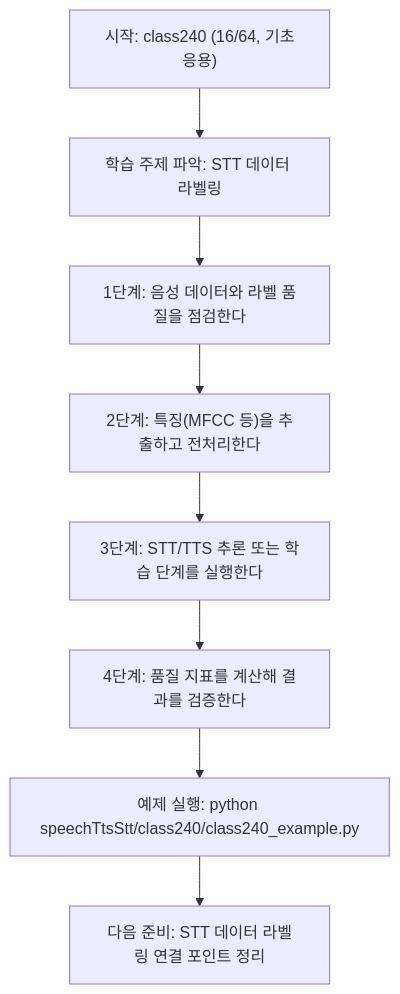
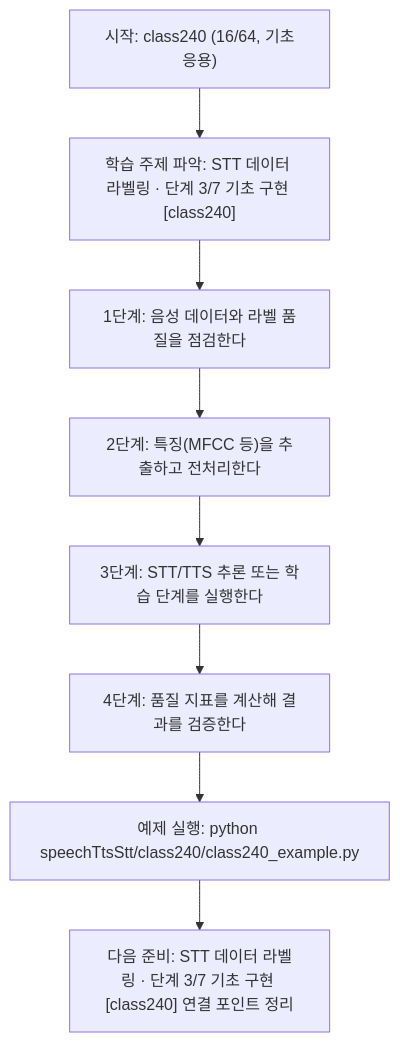
The diagram in speechTtsStt/class240/class240.md (edumgt/Python-AI_Agent-Class), drawn with Mermaid before and after one commit. The commit also changed other lines of this file and 522 other files, not shown here.

````diff
--- a/speechTtsStt/class240/class240.md
+++ b/speechTtsStt/class240/class240.md
@@ -113,18 +114,18 @@
 ```mermaid
 flowchart TD
 N1["시작: class240 (16/64, 기초응용)"]
-N2["학습 주제 파악: STT 데이터 라벨링"]
+N2["학습 주제 파악: STT 데이터 라벨링 · 단계 3/7 기초 구현 [class240]"]
 N3["1단계: 음성 데이터와 라벨 품질을 점검한다"]
 N4["2단계: 특징(MFCC 등)을 추출하고 전처리한다"]
 N5["3단계: STT/TTS 추론 또는 학습 단계를 실행한다"]
 N6["4단계: 품질 지표를 계산해 결과를 검증한다"]
 N7["예제 실행: python speechTtsStt/class240/class240_example.py"]
-N8["다음 준비: STT 데이터 라벨링 연결 포인트 정리"]
+N8["다음 준비: STT 데이터 라벨링 · 단계 3/7 기초 구현 [class240] 연결 포인트 정리"]
 N1 --> N2
 N2 --> N3
 N3 --> N4
 N4 --> N5
 N5 --> N6
 N6 --> N7
 N7 --> N8
 ```
````
